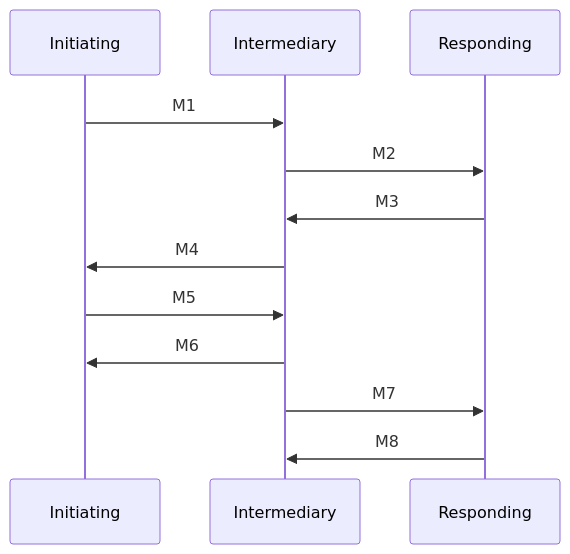
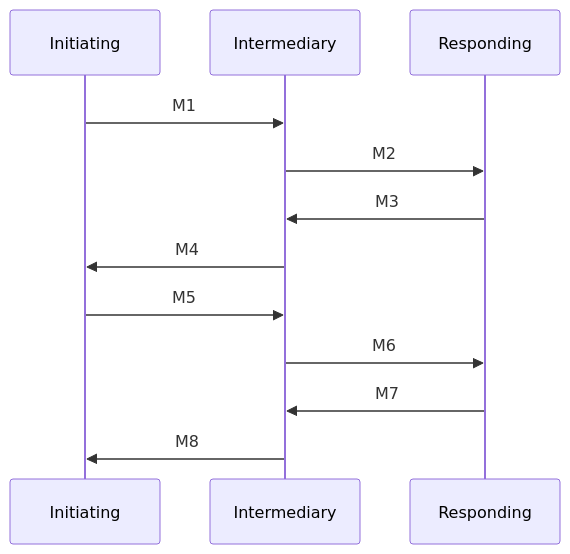
One commit to counterfactual/monorepo changed the diagram in packages/specs/source/diagrams/uninstall-virtual-app-exchange.mmd. Above: the diagram before and after it, drawn with Mermaid. The commit also changed 1 other file, not shown here.

```diff
--- a/packages/specs/source/diagrams/uninstall-virtual-app-exchange.mmd
+++ b/packages/specs/source/diagrams/uninstall-virtual-app-exchange.mmd
@@ -1,12 +1,12 @@
 sequenceDiagram
     participant Initiating
     participant Intermediary
     participant Responding
     Initiating->>Intermediary: M1
     Intermediary->>Responding: M2
     Responding->>Intermediary: M3
     Intermediary->>Initiating: M4
     Initiating->>Intermediary: M5
-    Intermediary->>Initiating: M6
-    Intermediary->>Responding: M7
-    Responding->>Intermediary: M8
+    Intermediary->>Responding: M6
+    Responding->>Intermediary: M7
+    Intermediary->>Initiating: M8
```
